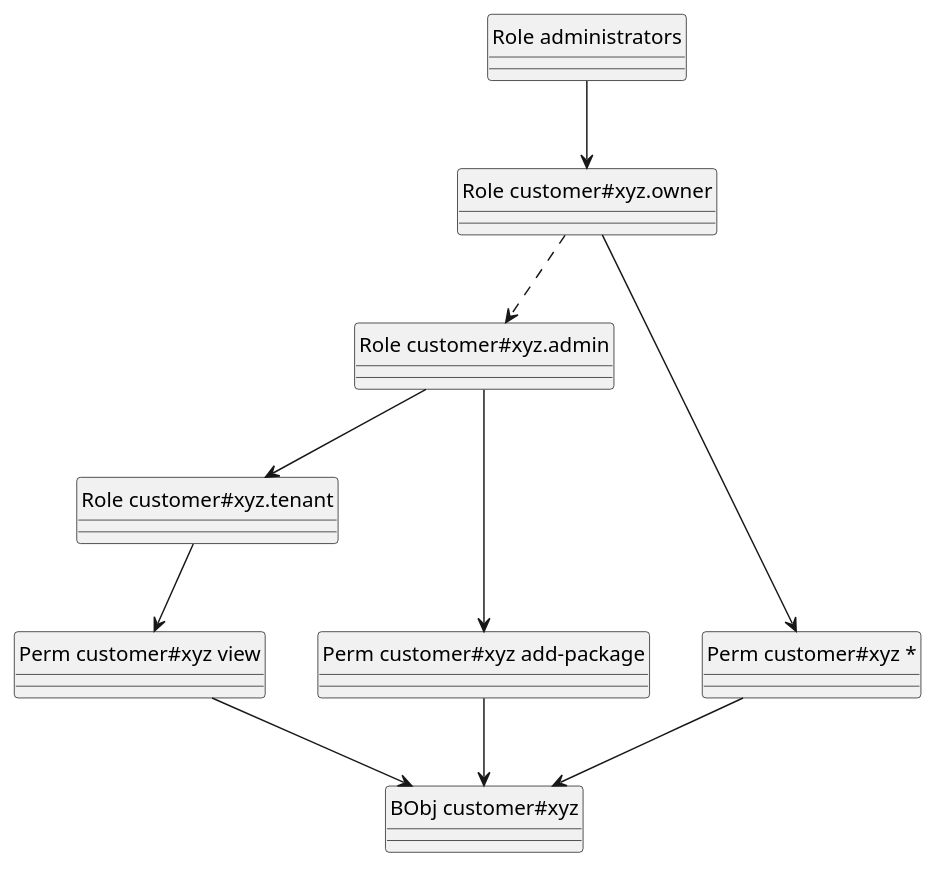
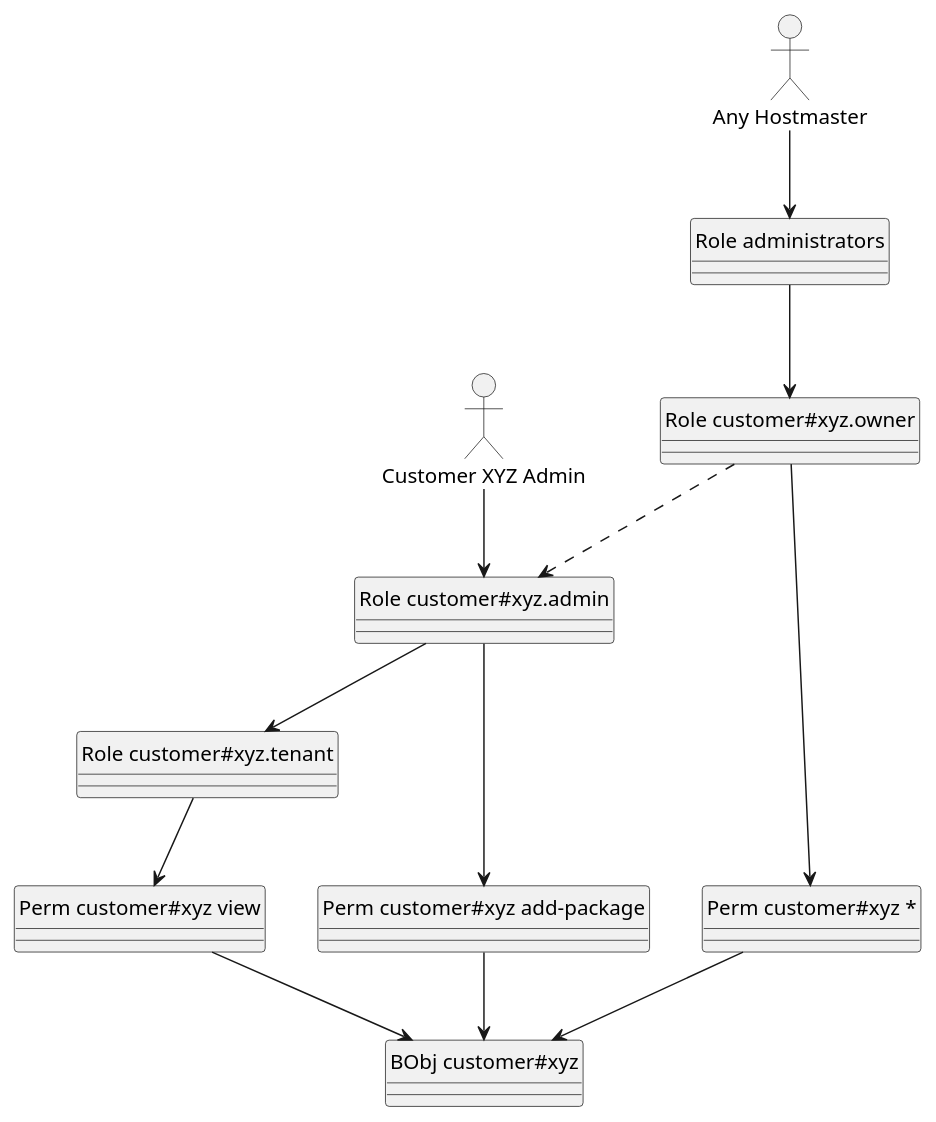
The fourth of 5 diagrams in sql/rbac.md (mhoennig/hs.hsadmin.ng), drawn with PlantUML before and after one commit. The commit also changed other lines of this file, not shown here.

Commit message:
add users to customer+package role diagrams

````diff
--- a/sql/rbac.md
+++ b/sql/rbac.md
@@ -411,40 +411,50 @@
 ```plantuml
 @startuml
 ' left to right direction
 top to bottom direction
 
 ' hide the ugly E in a circle left to the entity name
 hide circle
 
 ' use right-angled line routing
 ' skinparam linetype ortho
+
+' needs PlantUML 1.2021.14 as Markdown plugin
+allow_mixing 
 
 entity "BObj customer#xyz" as boCustXyz
 
 together {
     entity "Perm customer#xyz *" as permCustomerXyzAll
     permCustomerXyzAll --> boCustXyz
     
     entity "Perm customer#xyz add-package" as permCustomerXyzAddPack
     permCustomerXyzAddPack --> boCustXyz
 
     entity "Perm customer#xyz view" as permCustomerXyzView
     permCustomerXyzView --> boCustXyz
 }
 
 entity "Role customer#xyz.tenant" as roleCustXyzTenant 
 roleCustXyzTenant --> permCustomerXyzView
 
 entity "Role customer#xyz.admin" as roleCustXyzAdmin
 roleCustXyzAdmin --> roleCustXyzTenant
 roleCustXyzAdmin --> permCustomerXyzAddPack
 
 entity "Role customer#xyz.owner" as roleCustXyzOwner
 roleCustXyzOwner ..> roleCustXyzAdmin
 roleCustXyzOwner --> permCustomerXyzAll
 
+actor "Customer XYZ Admin" as actorCustXyzAdmin
+actorCustXyzAdmin --> roleCustXyzAdmin
+
 entity "Role administrators" as roleAdmins
 roleAdmins --> roleCustXyzOwner
 
+actor "Any Hostmaster" as actorHostmaster
+actorHostmaster --> roleAdmins
+
+
 @enduml
 ```
````
